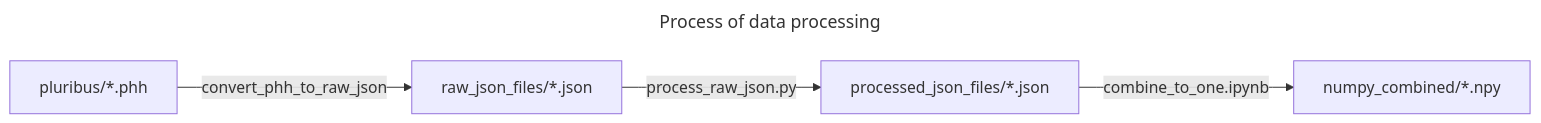
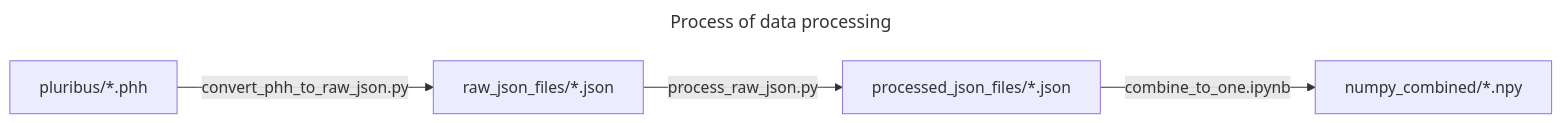
The diagram in README.md (jaskrawo/Poker_AI), drawn with Mermaid before and after one commit. The commit also changed 2 other files, not shown here.

Commit message:
Minor fixes

````diff
--- a/README.md
+++ b/README.md
@@ -3,9 +3,9 @@
 ```mermaid
 ---
 title: Process of data processing
 ---
   flowchart LR
-    A[pluribus/*.phh] -- convert_phh_to_raw_json --> B[raw_json_files/*.json]
+    A[pluribus/*.phh] -- convert_phh_to_raw_json.py --> B[raw_json_files/*.json]
     B -- process_raw_json.py --> C[processed_json_files/*.json]
     C -- combine_to_one.ipynb --> D[numpy_combined/*.npy]
 ```
````
